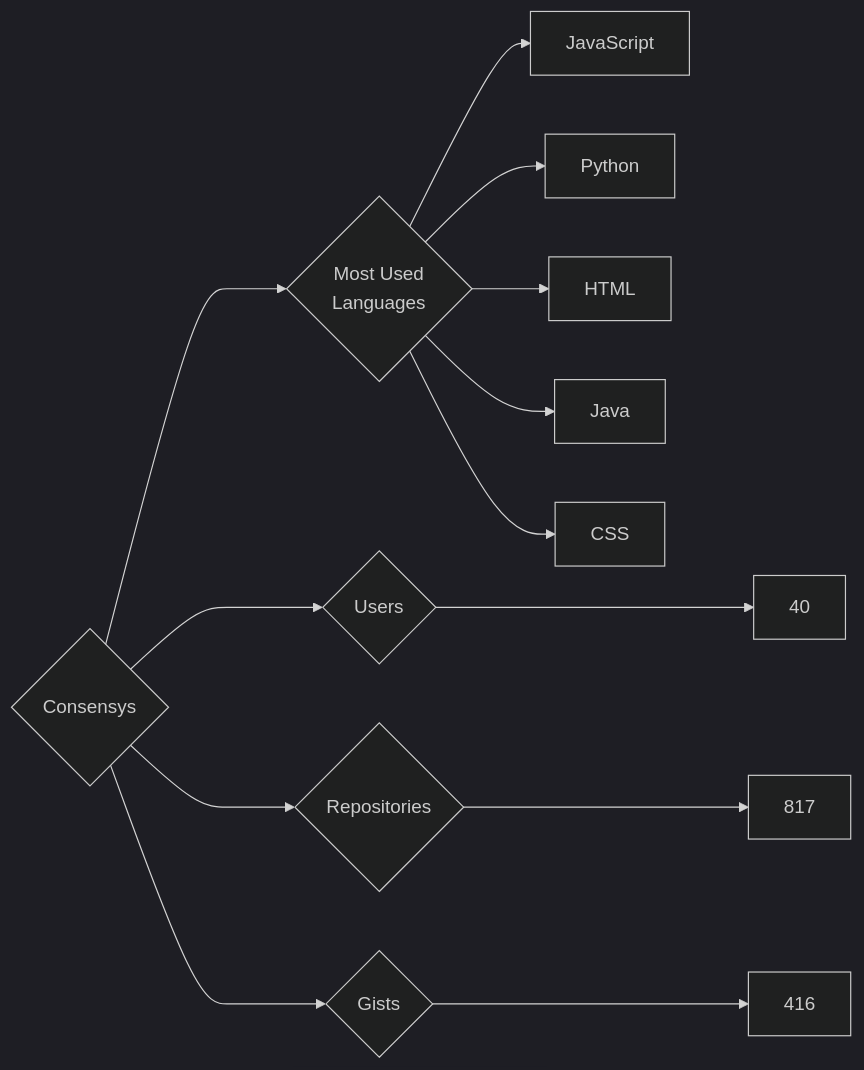
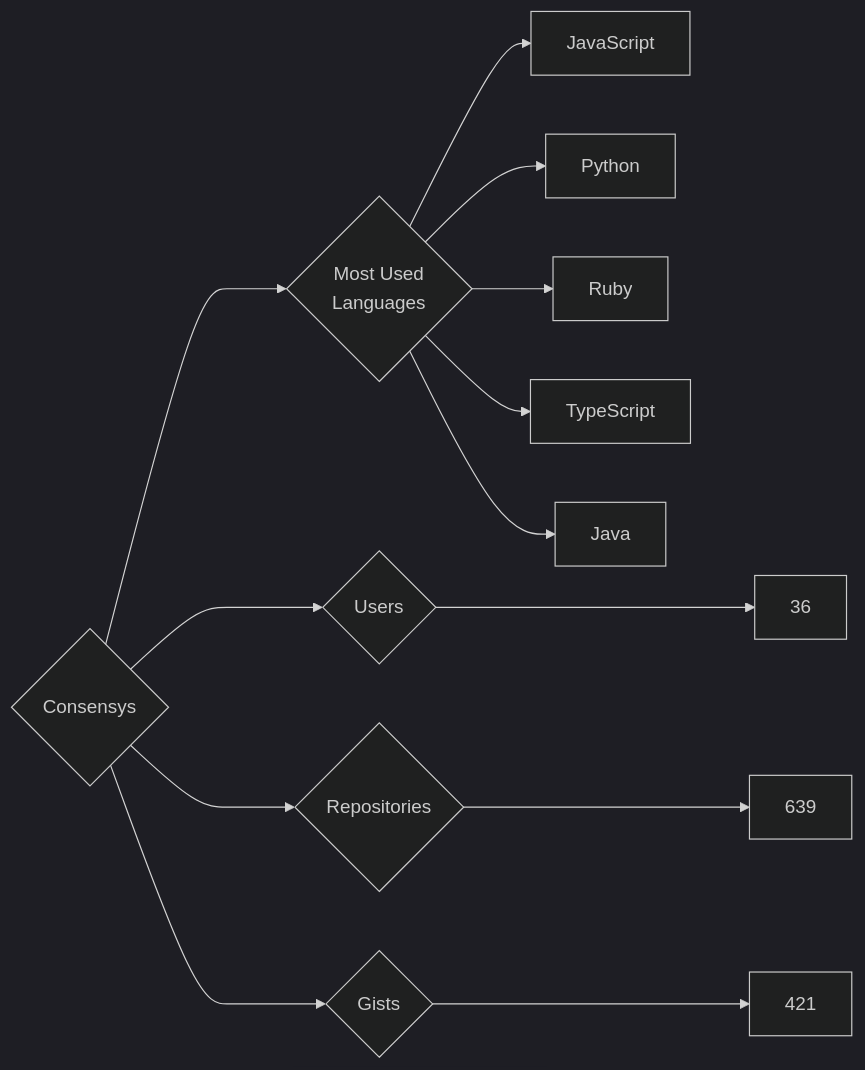
Before and after one commit to trickest/insiders: the diagram in targets/Consensys/README.md, drawn with Mermaid (dark theme). The commit also changed 748 other files, not shown here.

````diff
--- a/targets/Consensys/README.md
+++ b/targets/Consensys/README.md
@@ -3,13 +3,13 @@
 ```mermaid
 graph LR
 COMPANY_NAME{Consensys}
-COMPANY_NAME ---> U{Users} ---> UN[40]
-COMPANY_NAME ---> R{Repositories} ---> RN[817]
-COMPANY_NAME ---> G{Gists} ---> GN[416]
+COMPANY_NAME ---> U{Users} ---> UN[36]
+COMPANY_NAME ---> R{Repositories} ---> RN[639]
+COMPANY_NAME ---> G{Gists} ---> GN[421]
 COMPANY_NAME ---> ML{Most Used<br>Languages}
 ML --> JavaScript[JavaScript]
 ML --> Python[Python]
-ML --> HTML[HTML]
+ML --> Ruby[Ruby]
+ML --> TypeScript[TypeScript]
 ML --> Java[Java]
-ML --> CSS[CSS]
 ```
````
